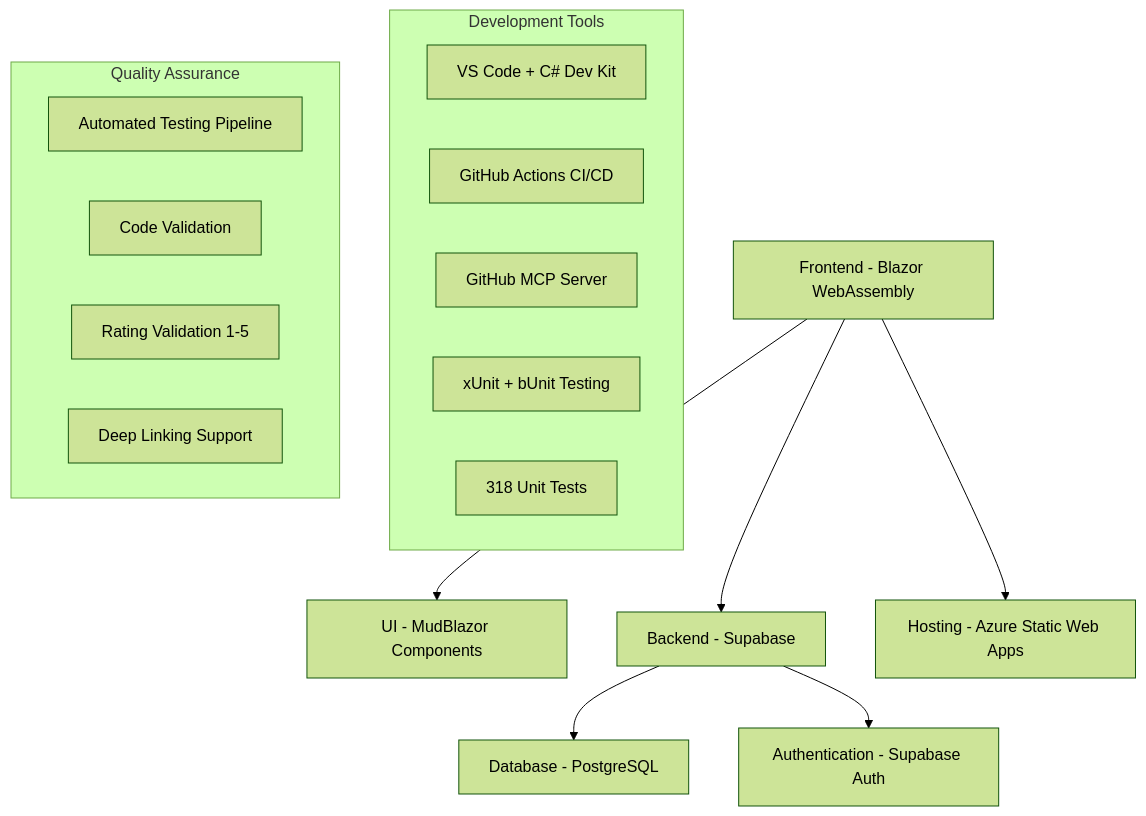
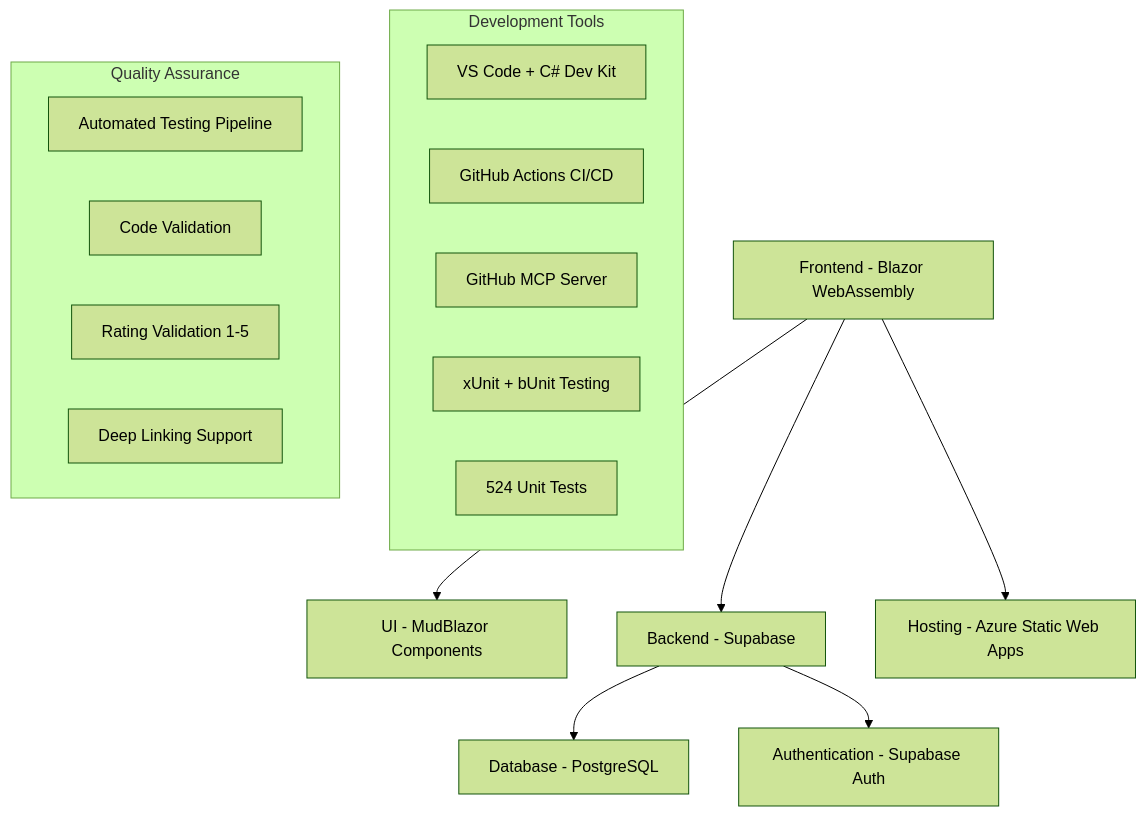
Before and after one commit to mongeon/RecettesIndex: the first of 4 diagrams in docs/README.md, drawn with Mermaid (forest theme). The commit also changed other lines of this file and 1 other file, not shown here.

````diff
--- a/docs/README.md
+++ b/docs/README.md
@@ -32,23 +32,23 @@
 ```mermaid
 graph TB
     A[Frontend - Blazor WebAssembly] --> B[UI - MudBlazor Components]
     A --> C[Backend - Supabase]
     C --> D[Database - PostgreSQL]
     C --> E[Authentication - Supabase Auth]
     A --> F[Hosting - Azure Static Web Apps]
     
     subgraph "Development Tools"
         G[VS Code + C# Dev Kit]
         H[GitHub Actions CI/CD]
         I[GitHub MCP Server]
         J[xUnit + bUnit Testing]
-        K[318 Unit Tests]
+        K[524 Unit Tests]
     end
     
     subgraph "Quality Assurance"
         L[Automated Testing Pipeline]
         M[Code Validation]
         N[Rating Validation 1-5]
         O[Deep Linking Support]
     end
 ```
````
